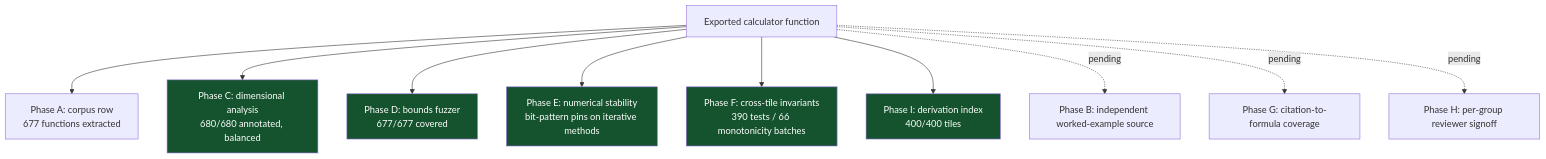
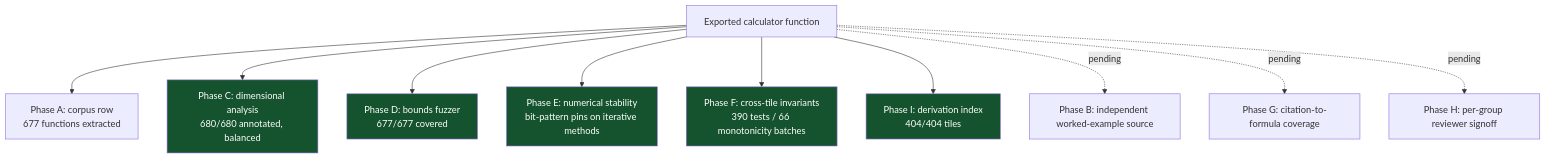
Before and after one commit to clay-good/roughlogic.com: the fourth of 5 diagrams in README.md, drawn with Mermaid. The commit also changed other lines of this file and 17 other files, not shown here.

````diff
--- a/README.md
+++ b/README.md
@@ -204,17 +206,17 @@
 ```mermaid
 flowchart TB
     F[Exported calculator function] --> A[Phase A: corpus row\n677 functions extracted]
     F --> C[Phase C: dimensional analysis\n680/680 annotated, balanced]
     F --> D[Phase D: bounds fuzzer\n677/677 covered]
     F --> E[Phase E: numerical stability\nbit-pattern pins on iterative methods]
     F --> Fa[Phase F: cross-tile invariants\n390 tests / 66 monotonicity batches]
-    F --> I[Phase I: derivation index\n400/400 tiles]
+    F --> I[Phase I: derivation index\n404/404 tiles]
     F -.pending.-> B[Phase B: independent worked-example source]
     F -.pending.-> G[Phase G: citation-to-formula coverage]
     F -.pending.-> H[Phase H: per-group reviewer signoff]
     style C fill:#14532d,color:#fff
     style D fill:#14532d,color:#fff
     style E fill:#14532d,color:#fff
     style Fa fill:#14532d,color:#fff
     style I fill:#14532d,color:#fff
 ```
````
